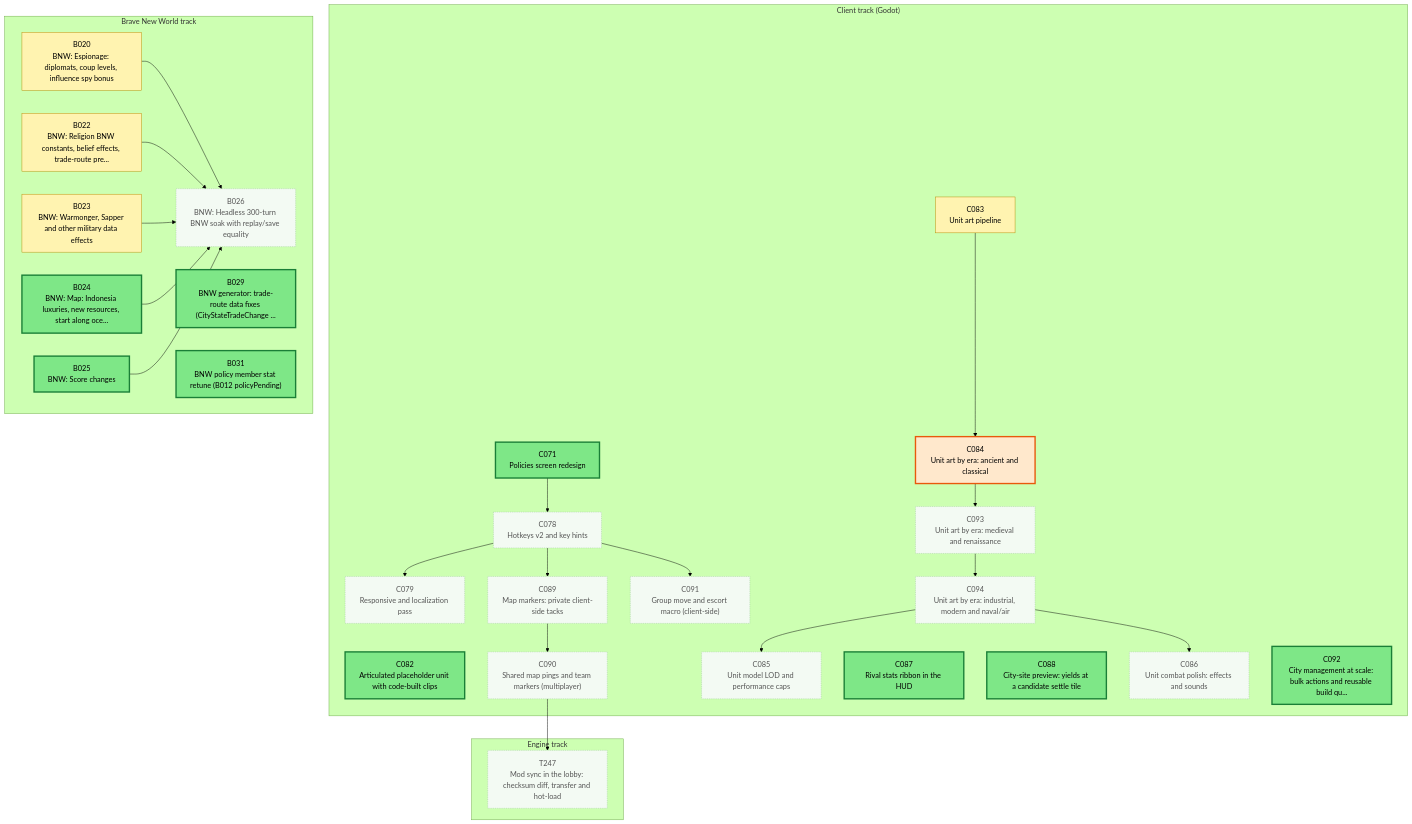
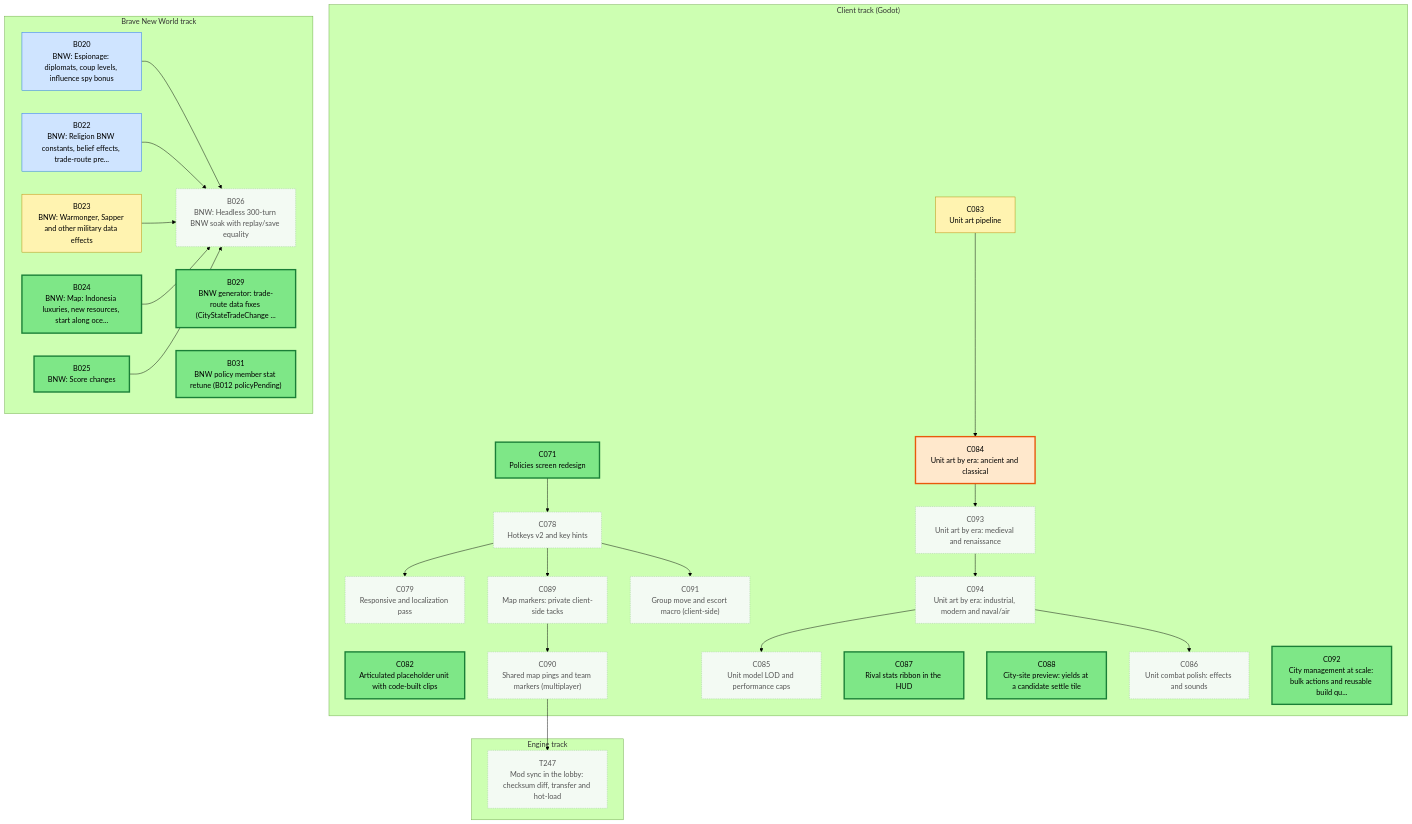
Before and after one commit to Kenmura/Unciv: the first of 3 diagrams in csharp/migration/DEPENDENCY_MAP.md, drawn with Mermaid (forest theme). The commit also changed other lines of this file and 1 other file, not shown here.

Commit message:
migration: implement B022 [Claude]

````diff
--- a/csharp/migration/DEPENDENCY_MAP.md
+++ b/csharp/migration/DEPENDENCY_MAP.md
@@ -25,82 +25,82 @@
 ```mermaid
 flowchart TD
   subgraph TTRACK["Engine track"]
     T247["T247<br/>Mod sync in the lobby: checksum diff, transfer and hot-load"]
   end
   subgraph CTRACK["Client track (Godot)"]
     C071["C071<br/>Policies screen redesign"]
     C078["C078<br/>Hotkeys v2 and key hints"]
     C079["C079<br/>Responsive and localization pass"]
     C082["C082<br/>Articulated placeholder unit with code-built clips"]
     C083["C083<br/>Unit art pipeline"]
     C084["C084<br/>Unit art by era: ancient and classical"]
     C085["C085<br/>Unit model LOD and performance caps"]
     C086["C086<br/>Unit combat polish: effects and sounds"]
     C087["C087<br/>Rival stats ribbon in the HUD"]
     C088["C088<br/>City-site preview: yields at a candidate settle tile"]
     C089["C089<br/>Map markers: private client-side tacks"]
     C090["C090<br/>Shared map pings and team markers (multiplayer)"]
     C091["C091<br/>Group move and escort macro (client-side)"]
     C092["C092<br/>City management at scale: bulk actions and reusable build qu..."]
     C093["C093<br/>Unit art by era: medieval and renaissance"]
     C094["C094<br/>Unit art by era: industrial, modern and naval/air"]
   end
   subgraph BTRACK["Brave New World track"]
     B020["B020<br/>BNW: Espionage: diplomats, coup levels, influence spy bonus"]
     B022["B022<br/>BNW: Religion BNW constants, belief effects, trade-route pre..."]
     B023["B023<br/>BNW: Warmonger, Sapper and other military data effects"]
     B024["B024<br/>BNW: Map: Indonesia luxuries, new resources, start along oce..."]
     B025["B025<br/>BNW: Score changes"]
     B026["B026<br/>BNW: Headless 300-turn BNW soak with replay/save equality"]
     B029["B029<br/>BNW generator: trade-route data fixes (CityStateTradeChange ..."]
     B031["B031<br/>BNW policy member stat retune (B012 policyPending)"]
   end
   C090 --> T247
   C071 --> C078
   C078 --> C079
   C083 --> C084
   C094 --> C085
   C094 --> C086
   C078 --> C089
   C089 --> C090
   C078 --> C091
   C084 --> C093
   C093 --> C094
   B020 --> B026
   B022 --> B026
   B023 --> B026
   B024 --> B026
   B025 --> B026
   classDef waiting fill:#f3faf3,stroke:#9bc49b,color:#555,stroke-dasharray:2 2
   classDef ondeck fill:#ffe8cc,stroke:#e8590c,stroke-width:3px,color:#000
   classDef ready fill:#7ee787,stroke:#1a7f37,stroke-width:3px,color:#000
   classDef prog fill:#fff3b0,stroke:#b58900,color:#000
   classDef review fill:#cfe4ff,stroke:#1f6feb,color:#000
   classDef blocked fill:#ffd6d6,stroke:#c62828,color:#000
   classDef done fill:#eeeeee,stroke:#999999,color:#666,stroke-dasharray:4 3
-  class B020 prog
-  class B022 prog
+  class B020 review
+  class B022 review
   class B023 prog
   class B024 ready
   class B025 ready
   class B026 waiting
   class B029 ready
   class B031 ready
   class C071 ready
   class C078 waiting
   class C079 waiting
   class C082 ready
   class C083 prog
   class C084 ondeck
   class C085 waiting
   class C086 waiting
   class C087 ready
   class C088 ready
   class C089 waiting
   class C090 waiting
   class C091 waiting
   class C092 ready
   class C093 waiting
   class C094 waiting
   class T247 waiting
 ```
````
